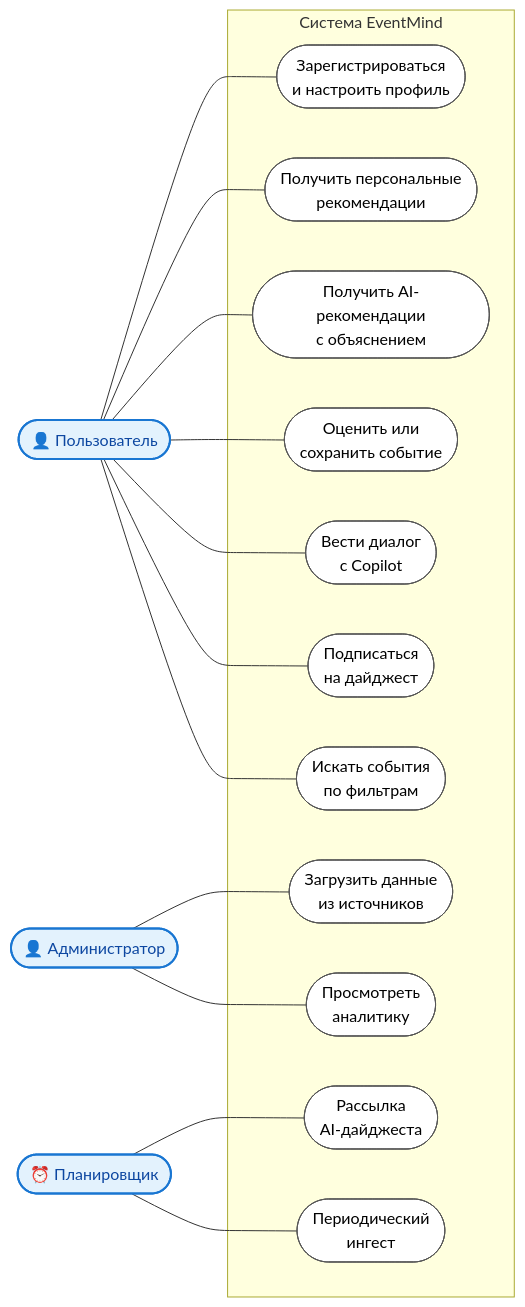
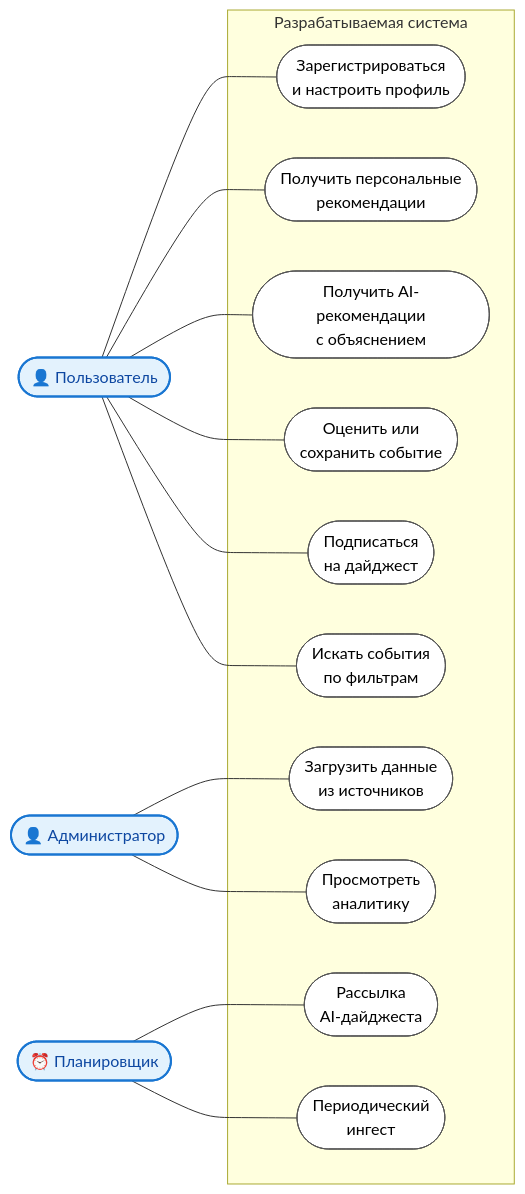
The diagram in docs/diagrams/01_use_case.mmd (EgorBelov/event_mind), drawn with Mermaid before and after one commit. The commit also changed 15 other files, not shown here.

```diff
--- a/docs/diagrams/01_use_case.mmd
+++ b/docs/diagrams/01_use_case.mmd
@@ -1,37 +1,35 @@
 %%{init: {'theme':'default', 'flowchart':{'htmlLabels':true}}}%%
 graph LR
     classDef actor fill:#e3f2fd,stroke:#1976d2,stroke-width:2px,color:#0d47a1
     classDef uc fill:#fff,stroke:#555,stroke-width:1px,rx:25,ry:25,color:#000
     classDef sys fill:#f5f5f5,stroke:#999,stroke-width:1px,color:#000
 
     USER(["👤 Пользователь"]):::actor
     ADMIN(["👤 Администратор"]):::actor
     SCHED(["⏰ Планировщик"]):::actor
 
-    subgraph System["Система EventMind"]
+    subgraph System["Разрабатываемая система"]
         UC1(["Зарегистрироваться<br/>и настроить профиль"]):::uc
         UC2(["Получить персональные<br/>рекомендации"]):::uc
         UC3(["Получить AI-рекомендации<br/>с объяснением"]):::uc
         UC4(["Оценить или<br/>сохранить событие"]):::uc
-        UC5(["Вести диалог<br/>с Copilot"]):::uc
         UC6(["Подписаться<br/>на дайджест"]):::uc
         UC7(["Искать события<br/>по фильтрам"]):::uc
         UC8(["Загрузить данные<br/>из источников"]):::uc
         UC9(["Просмотреть<br/>аналитику"]):::uc
         UC10(["Рассылка<br/>AI-дайджеста"]):::uc
         UC11(["Периодический<br/>ингест"]):::uc
     end
 
     USER --- UC1
     USER --- UC2
     USER --- UC3
     USER --- UC4
-    USER --- UC5
     USER --- UC6
     USER --- UC7
 
     ADMIN --- UC8
     ADMIN --- UC9
 
     SCHED --- UC10
     SCHED --- UC11
```
